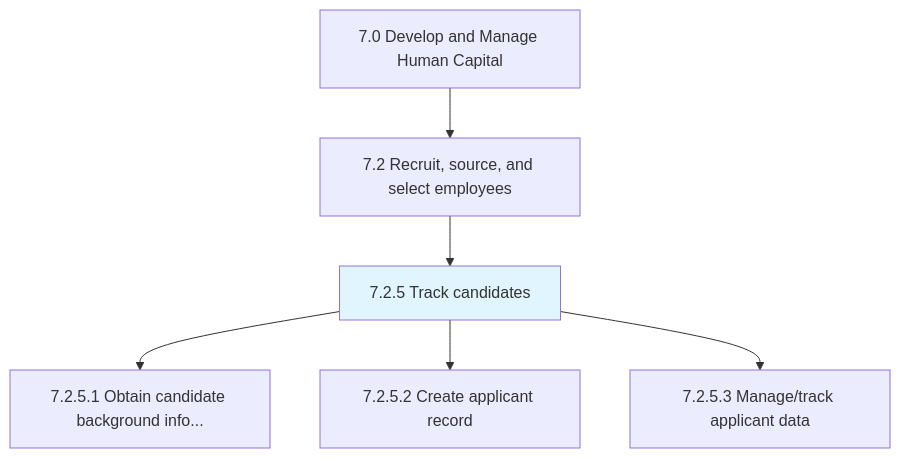
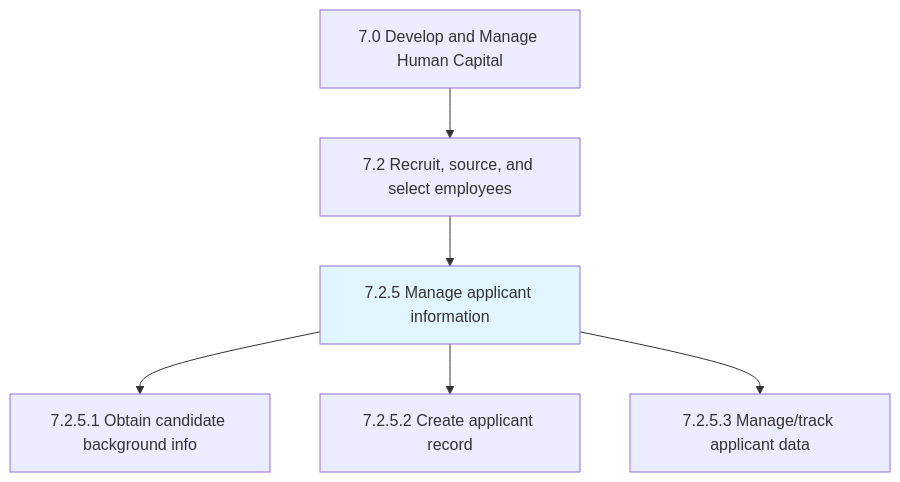
One commit to kziemski/business.org.ai changed the first of 2 diagrams in processes/07-HR/7.2-RecruitSourceSelectEmployees/7.2.5-ManageApplicantInformation/index.mdx. Above: the diagram before and after it, drawn with Mermaid. The commit also changed other lines of this file and 885 other files, not shown here.

````diff
--- a/processes/07-HR/7.2-RecruitSourceSelectEmployees/7.2.5-ManageApplicantInformation/index.mdx
+++ b/processes/07-HR/7.2-RecruitSourceSelectEmployees/7.2.5-ManageApplicantInformation/index.mdx
@@ -25,10 +25,10 @@
 ```mermaid
 graph TD
     C7["7.0 Develop and Manage Human Capital"]
     C7 --> N7_2["7.2 Recruit, source, and select employees"]
-    N7_2 --> N7_2_5["7.2.5 Track candidates"]
+    N7_2 --> N7_2_5["7.2.5 Manage applicant information"]
     style N7_2_5 fill:#e1f5fe
-    N7_2_5 --> N7_2_5_1["7.2.5.1 Obtain candidate background info..."]
+    N7_2_5 --> N7_2_5_1["7.2.5.1 Obtain candidate background info"]
     N7_2_5 --> N7_2_5_2["7.2.5.2 Create applicant record"]
     N7_2_5 --> N7_2_5_3["7.2.5.3 Manage/track applicant data"]
 ```
````
